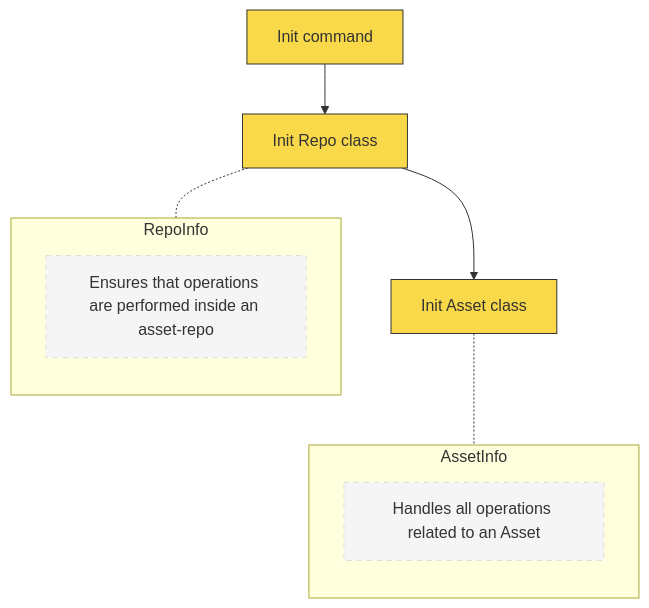
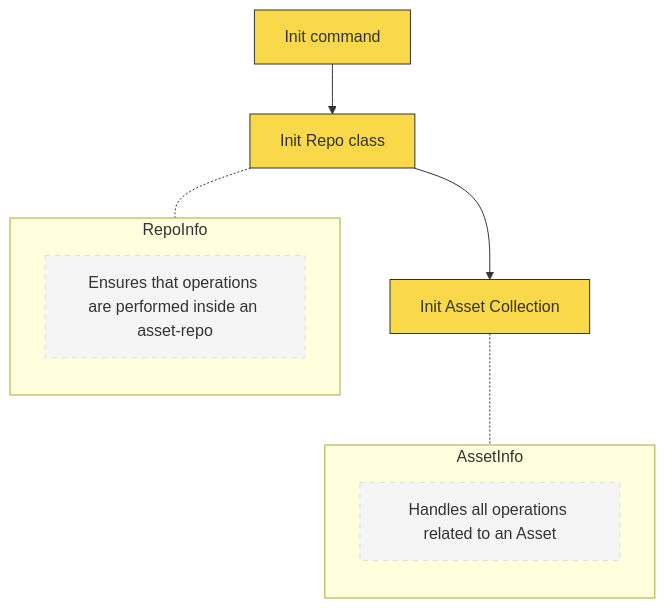
Before and after one commit to Roche-CSI/ama: the diagram in docs/implementation/asset_create/asset_init.md, drawn with Mermaid. The commit also changed 26 other files, not shown here.

````diff
--- a/docs/implementation/asset_create/asset_init.md
+++ b/docs/implementation/asset_create/asset_init.md
@@ -10,24 +10,24 @@
 ```mermaid
 flowchart TD
     A[Init command] --> B[Init Repo class]
-    B --> C[Init Asset class]
+    B --> C[Init Asset Collection]
     
     subgraph RepoInfo
         direction TB
         D1["Ensures that operations are performed inside an asset-repo"]
     end
     
     subgraph AssetInfo
         direction TB
         E1["Handles all operations related to an Asset"]
     end
     
     B -.- RepoInfo
     C -.- AssetInfo
     
     classDef command fill:#F9D949,stroke:#333,stroke-width:1px
     classDef info fill:#f5f5f5,stroke:#ddd,stroke-width:1px,stroke-dasharray: 5 5
     
     class A,B,C command
     class D1,E1 info
 ```
````
